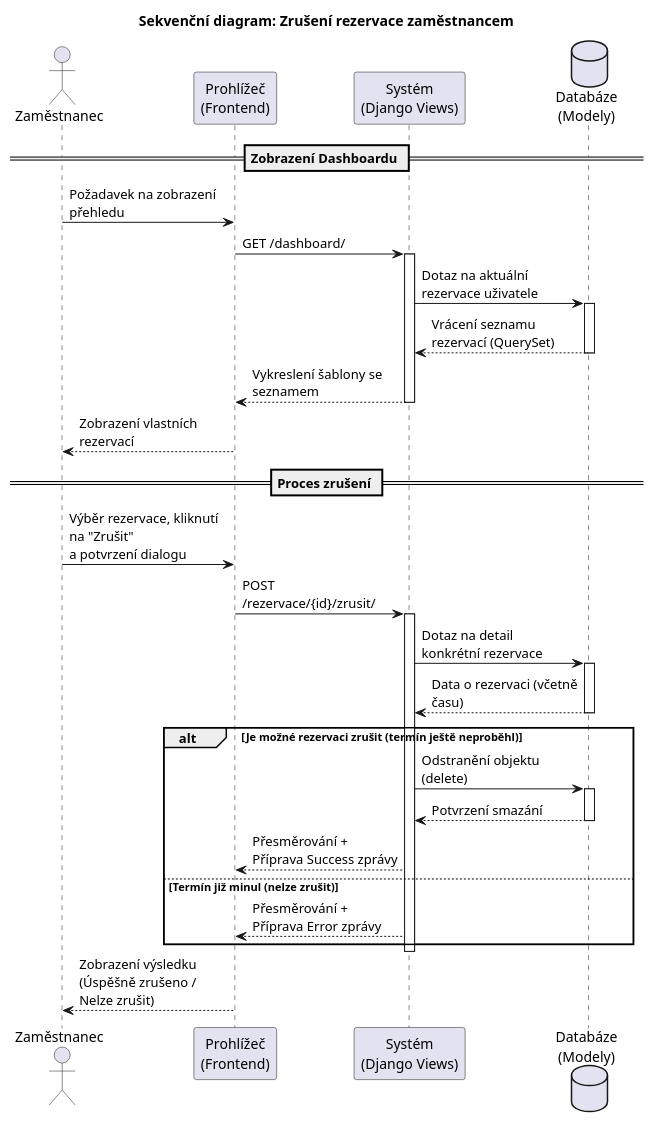
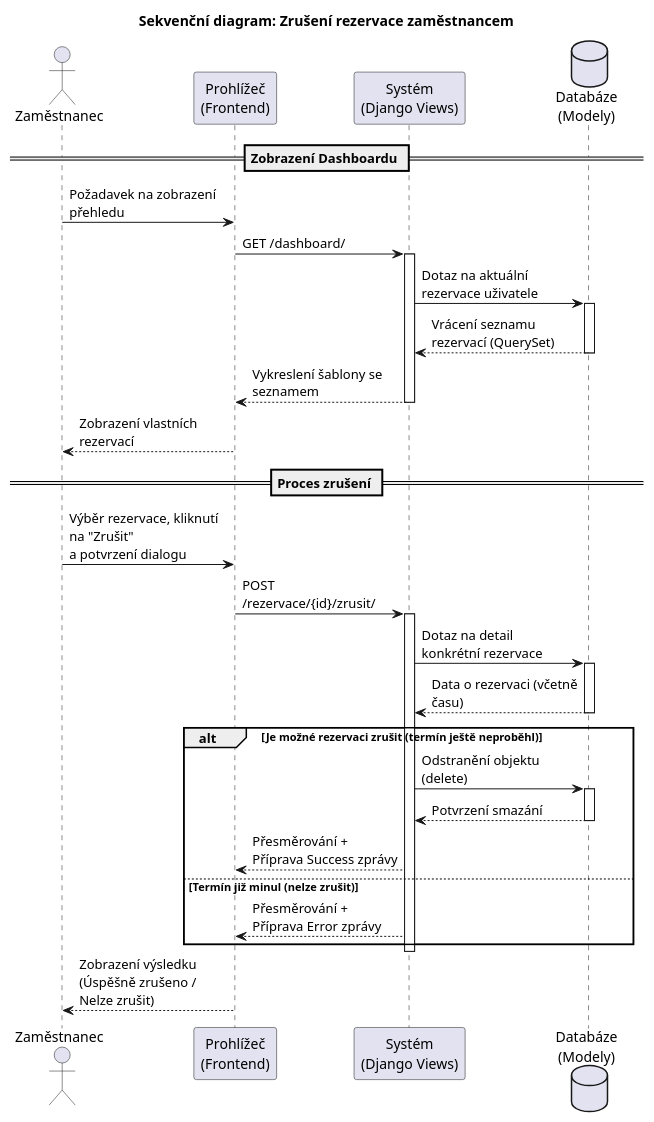
Before and after one commit to AidenCze/SWI-Project: the diagram in docs/diagramy/sequence-cancel-reservation.puml, drawn with PlantUML.

Commit message:
Fix formatting in sequence diagram for cancellation

```diff
--- a/docs/diagramy/sequence-cancel-reservation.puml
+++ b/docs/diagramy/sequence-cancel-reservation.puml
@@ -1,50 +1,50 @@
 @startuml
 title Sekvenční diagram: Zrušení rezervace zaměstnancem
 
 skinparam maxMessageSize 150
-skinparam ParticipantPadding 20
+
 skinparam BoxPadding 10
 
 actor "Zaměstnanec" as emp
 participant "Prohlížeč\n(Frontend)" as ui
 participant "Systém\n(Django Views)" as view
 database "Databáze\n(Modely)" as db
 
 == Zobrazení Dashboardu ==
 emp -> ui : Požadavek na zobrazení přehledu
 ui -> view : GET /dashboard/
 activate view
 
 view -> db : Dotaz na aktuální rezervace uživatele
 activate db
 db --> view : Vrácení seznamu rezervací (QuerySet)
 deactivate db
 
 view --> ui : Vykreslení šablony se seznamem
 deactivate view
 ui --> emp : Zobrazení vlastních rezervací
 
 == Proces zrušení ==
 emp -> ui : Výběr rezervace, kliknutí na "Zrušit"\na potvrzení dialogu
 ui -> view : POST /rezervace/{id}/zrusit/
 activate view
 
 view -> db : Dotaz na detail konkrétní rezervace
 activate db
 db --> view : Data o rezervaci (včetně času)
 deactivate db
 
 alt Je možné rezervaci zrušit (termín ještě neproběhl)
     view -> db : Odstranění objektu (delete)
     activate db
     db --> view : Potvrzení smazání
     deactivate db
     view --> ui : Přesměrování + Příprava Success zprávy
 else Termín již minul (nelze zrušit)
     view --> ui : Přesměrování + Příprava Error zprávy
 end
 deactivate view
 
 ui --> emp : Zobrazení výsledku (Úspěšně zrušeno / Nelze zrušit)
 
 @enduml
```
